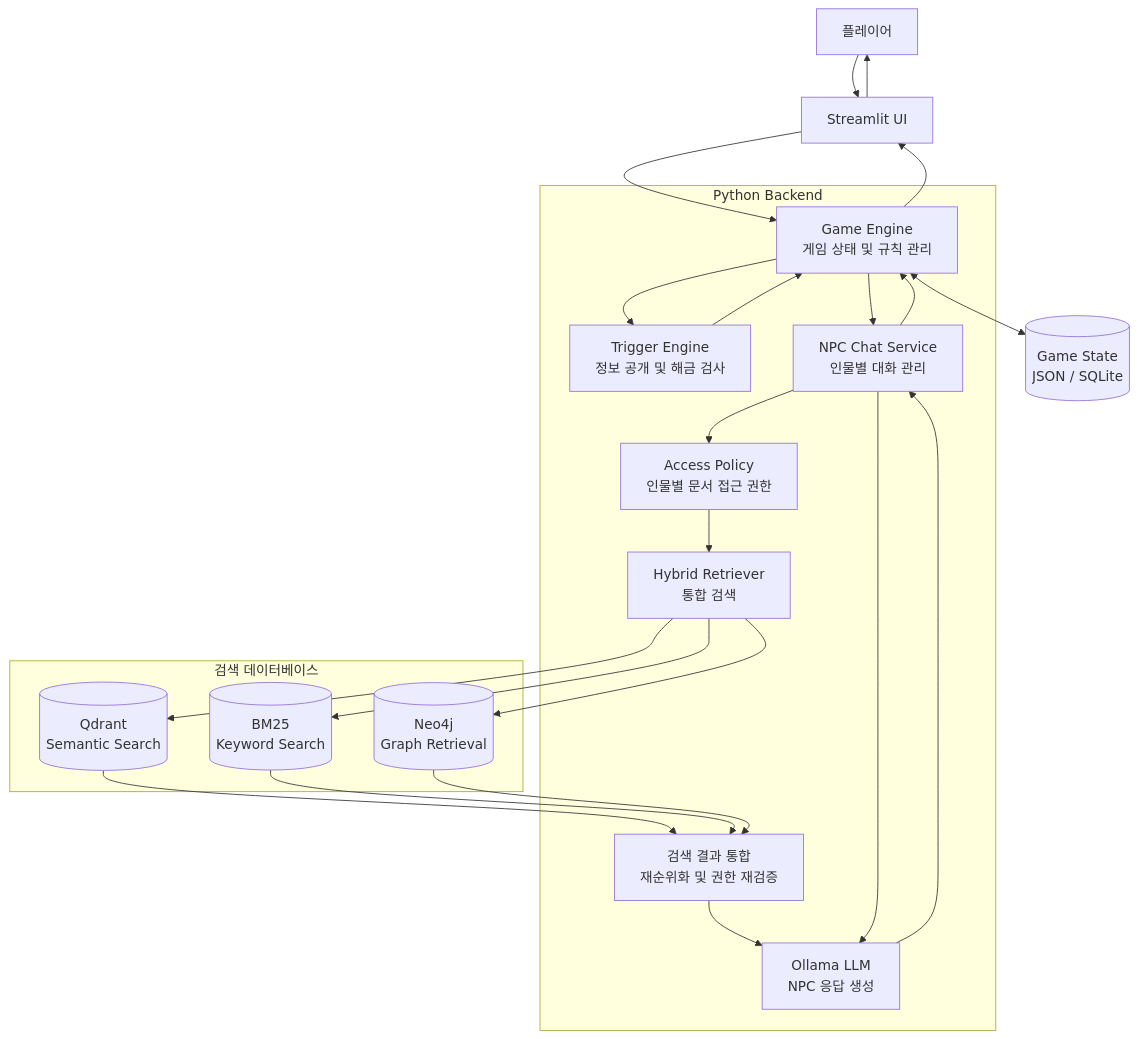
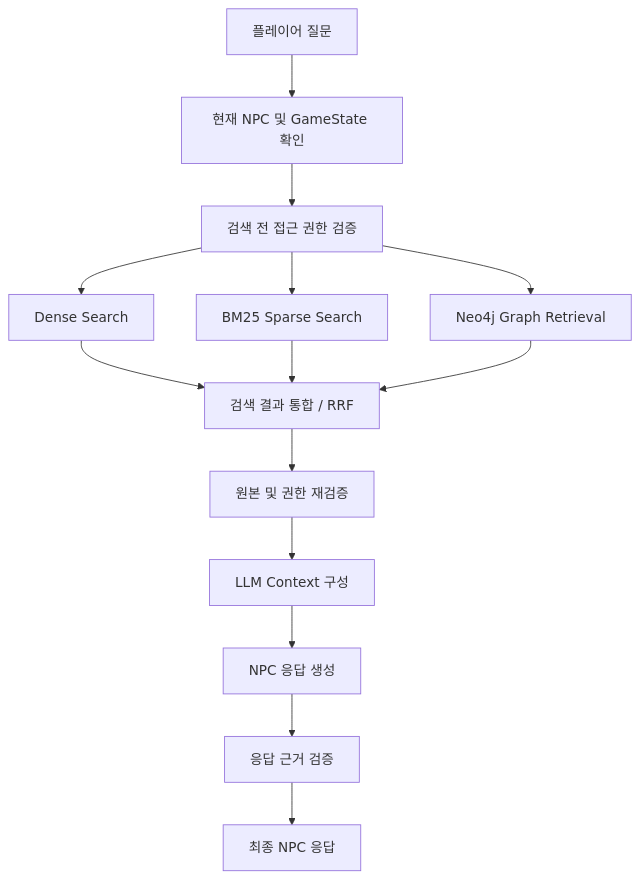
Before and after one commit to SKNETWORKS-FAMILY-AICAMP/SKN36-3rd-2Team: the fourth of 7 diagrams in docs/architecture/02-system-flow.md, drawn with Mermaid. The commit also changed other lines of this file and 31 other files, not shown here.

````diff
--- a/docs/architecture/02-system-flow.md
+++ b/docs/architecture/02-system-flow.md
@@ -5,50 +176,34 @@
 ```mermaid
-flowchart TB
-    USER["플레이어"]
-    UI["Streamlit UI"]
+flowchart TD
+    A["플레이어 질문"]
+    B["현재 NPC 및 GameState 확인"]
+    C["검색 전 접근 권한 검증"]
 
-    subgraph BACKEND["Python Backend"]
-        ENGINE["Game Engine<br/>게임 상태 및 규칙 관리"]
-        TRIGGER["Trigger Engine<br/>정보 공개 및 해금 검사"]
-        CHAT["NPC Chat Service<br/>인물별 대화 관리"]
-        POLICY["Access Policy<br/>인물별 문서 접근 권한"]
-        RAG["Hybrid Retriever<br/>통합 검색"]
-        FILTER["검색 결과 통합<br/>재순위화 및 권한 재검증"]
-        LLM["Ollama LLM<br/>NPC 응답 생성"]
-    end
+    D["Dense Search"]
+    E["BM25 Sparse Search"]
+    F["Neo4j Graph Retrieval"]
 
-    subgraph DATABASE["검색 데이터베이스"]
-        VECTOR[("Qdrant<br/>Semantic Search")]
-        KEYWORD[("BM25<br/>Keyword Search")]
-        GRAPH[("Neo4j<br/>Graph Retrieval")]
-    end
+    G["검색 결과 통합 / RRF"]
+    H["원본 및 권한 재검증"]
+    I["LLM Context 구성"]
+    J["NPC 응답 생성"]
+    K["응답 근거 검증"]
+    L["최종 NPC 응답"]
 
-    STATE[("Game State<br/>JSON / SQLite")]
+    A --> B
+    B --> C
 
-    USER --> UI
-    UI --> ENGINE
+    C --> D
+    C --> E
+    C --> F
 
-    ENGINE <--> STATE
-    ENGINE --> TRIGGER
-    ENGINE --> CHAT
+    D --> G
+    E --> G
+    F --> G
 
-    CHAT --> POLICY
-    POLICY --> RAG
-
-    RAG --> VECTOR
-    RAG --> KEYWORD
-    RAG --> GRAPH
-
-    VECTOR --> FILTER
-    KEYWORD --> FILTER
-    GRAPH --> FILTER
-
-    FILTER --> LLM
-    CHAT --> LLM
-
-    LLM --> CHAT
-    CHAT --> ENGINE
-    TRIGGER --> ENGINE
-    ENGINE --> UI
-    UI --> USER
+    G --> H
+    H --> I
+    I --> J
+    J --> K
+    K --> L
 ```
````
